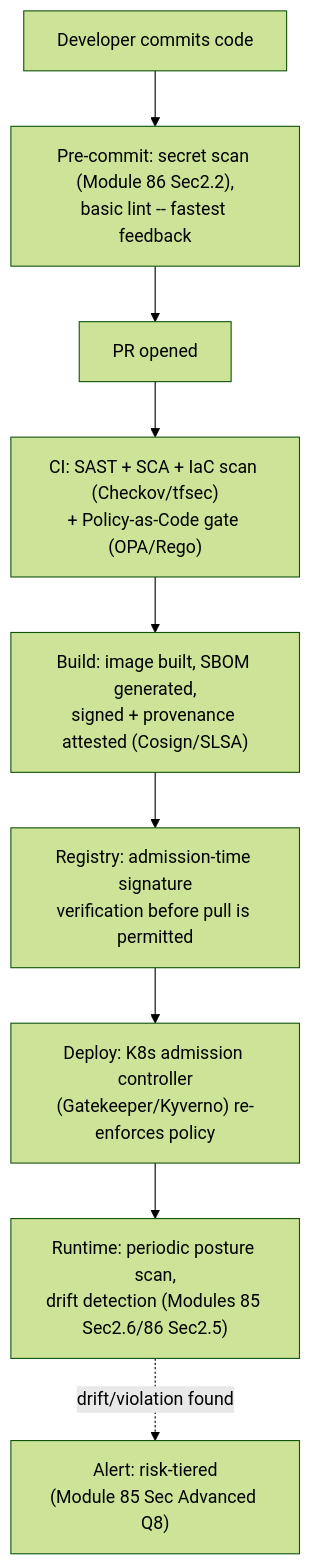
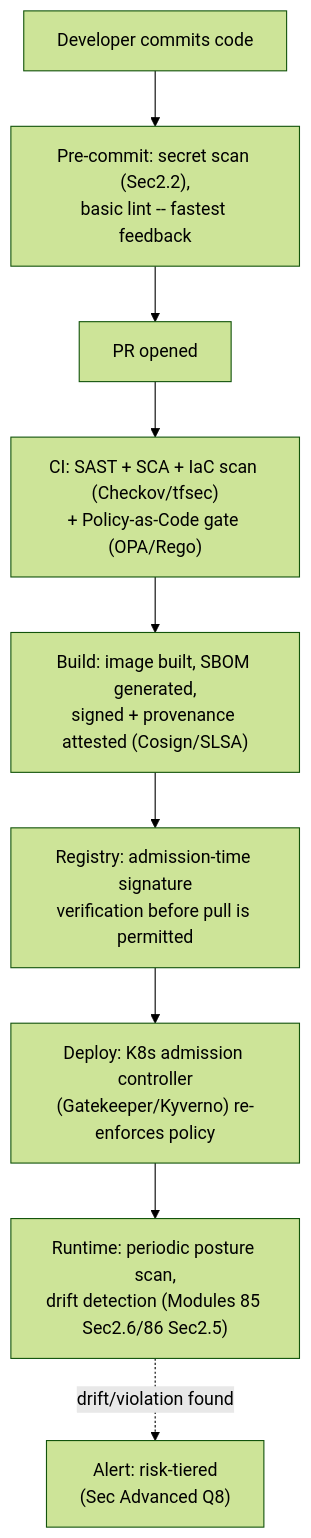
One commit to umashankarp/InterviewQuestions changed the first of 4 diagrams in 25-DevOps/04-DevSecOps-PolicyAsCode-PlatformEngineering.md. Above: the diagram before and after it, drawn with Mermaid (forest theme). The commit also changed other lines of this file and 173 other files, not shown here.

````diff
--- a/25-DevOps/04-DevSecOps-PolicyAsCode-PlatformEngineering.md
+++ b/25-DevOps/04-DevSecOps-PolicyAsCode-PlatformEngineering.md
@@ -59,14 +59,14 @@
 ```mermaid
 graph TB
-    Commit["Developer commits code"]
-    PreCommit["Pre-commit: secret scan (Module 86 Sec2.2),<br/>basic lint -- fastest feedback"]
-    PR["PR opened"]
-    CIScan["CI: SAST + SCA + IaC scan (Checkov/tfsec)<br/>+ Policy-as-Code gate (OPA/Rego)"]
-    Build["Build: image built, SBOM generated,<br/>signed + provenance attested (Cosign/SLSA)"]
-    Registry["Registry: admission-time signature<br/>verification before pull is permitted"]
-    Deploy["Deploy: K8s admission controller<br/>(Gatekeeper/Kyverno) re-enforces policy"]
-    Runtime["Runtime: periodic posture scan,<br/>drift detection (Modules 85 Sec2.6/86 Sec2.5)"]
+ Commit["Developer commits code"]
+ PreCommit["Pre-commit: secret scan (Sec2.2),<br/>basic lint -- fastest feedback"]
+ PR["PR opened"]
+ CIScan["CI: SAST + SCA + IaC scan (Checkov/tfsec)<br/>+ Policy-as-Code gate (OPA/Rego)"]
+ Build["Build: image built, SBOM generated,<br/>signed + provenance attested (Cosign/SLSA)"]
+ Registry["Registry: admission-time signature<br/>verification before pull is permitted"]
+ Deploy["Deploy: K8s admission controller<br/>(Gatekeeper/Kyverno) re-enforces policy"]
+ Runtime["Runtime: periodic posture scan,<br/>drift detection (Modules 85 Sec2.6/86 Sec2.5)"]
 
-    Commit --> PreCommit --> PR --> CIScan --> Build --> Registry --> Deploy --> Runtime
-    Runtime -.->|drift/violation found| Alert["Alert: risk-tiered<br/>(Module 85 Sec Advanced Q8)"]
+ Commit --> PreCommit --> PR --> CIScan --> Build --> Registry --> Deploy --> Runtime
+ Runtime -.->|drift/violation found| Alert["Alert: risk-tiered<br/>(Sec Advanced Q8)"]
 ```
````
